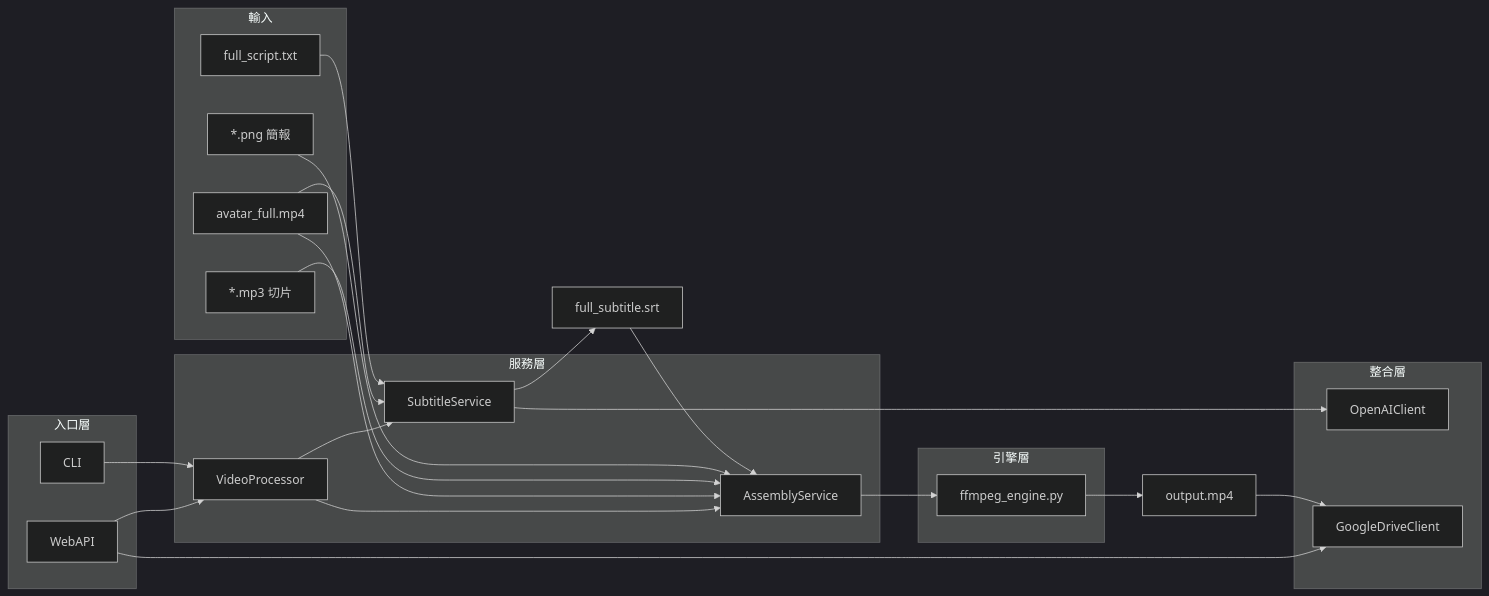
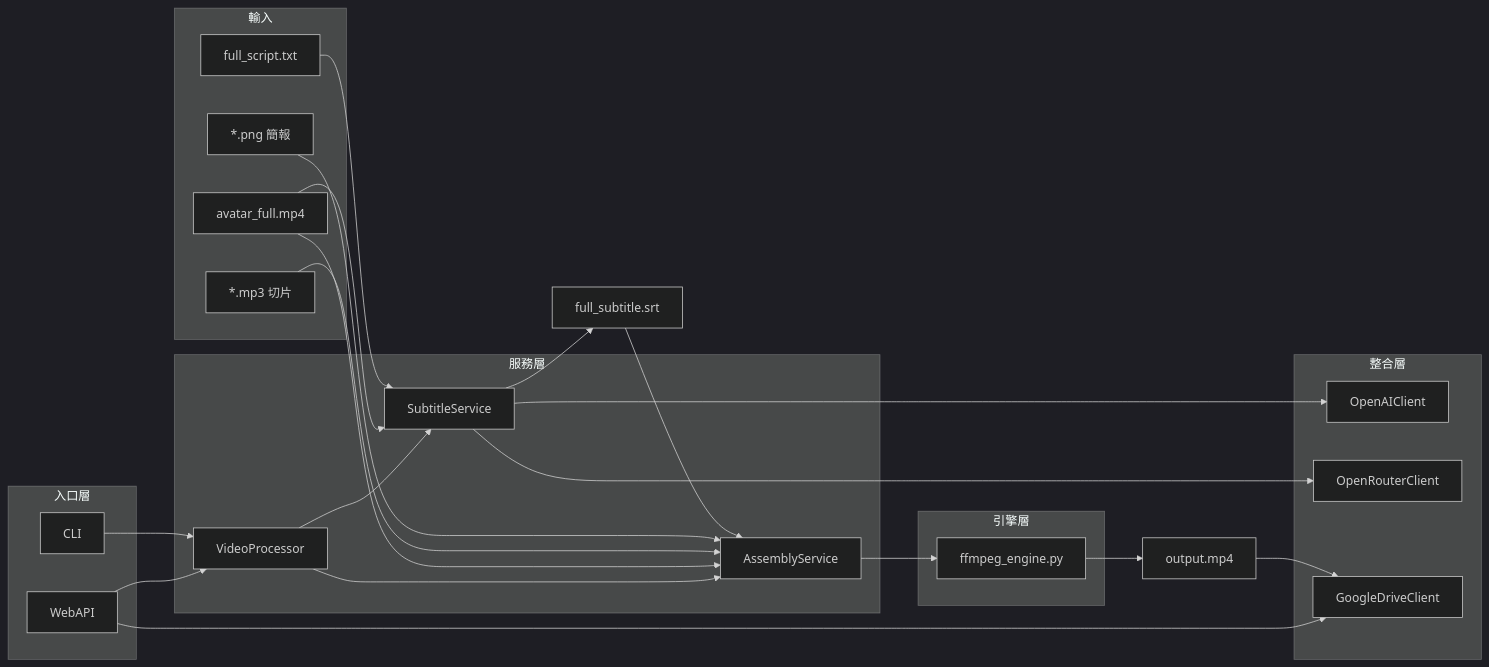
One commit to tomdhyang-byte/video_assembler changed the second of 3 diagrams in CODE_ARCHITECTURE.md. Above: the diagram before and after it, drawn with Mermaid (dark theme). The commit also changed other lines of this file and 5 other files, not shown here.

Commit message:
feat: Add OpenRouter client for AI-powered subtitle segmentation, integrating it into the subtitle service and updating documentation.

````diff
--- a/CODE_ARCHITECTURE.md
+++ b/CODE_ARCHITECTURE.md
@@ -179,49 +193,51 @@
 ```mermaid
 flowchart LR
     subgraph 輸入
         A[avatar_full.mp4]
         B[full_script.txt]
         C[*.mp3 切片]
         D[*.png 簡報]
     end
 
     subgraph "入口層"
         API[WebAPI]
         CLI[CLI]
     end
 
     subgraph "服務層"
         VP[VideoProcessor]
         SS[SubtitleService]
         AS[AssemblyService]
     end
 
     subgraph "整合層"
         OAI[OpenAIClient]
+        OR[OpenRouterClient]
         GD[GoogleDriveClient]
     end
 
     subgraph "引擎層"
         ENG[ffmpeg_engine.py]
     end
 
     API --> GD
     API --> VP
     CLI --> VP
     VP --> SS
     VP --> AS
     
     A --> SS
     B --> SS
     SS --> OAI
+    SS --> OR
     SS --> SRT[full_subtitle.srt]
     
     A --> AS
     C --> AS
     D --> AS
     SRT --> AS
     AS --> ENG
     
     ENG --> OUT[output.mp4]
     OUT --> GD
 ```
````
